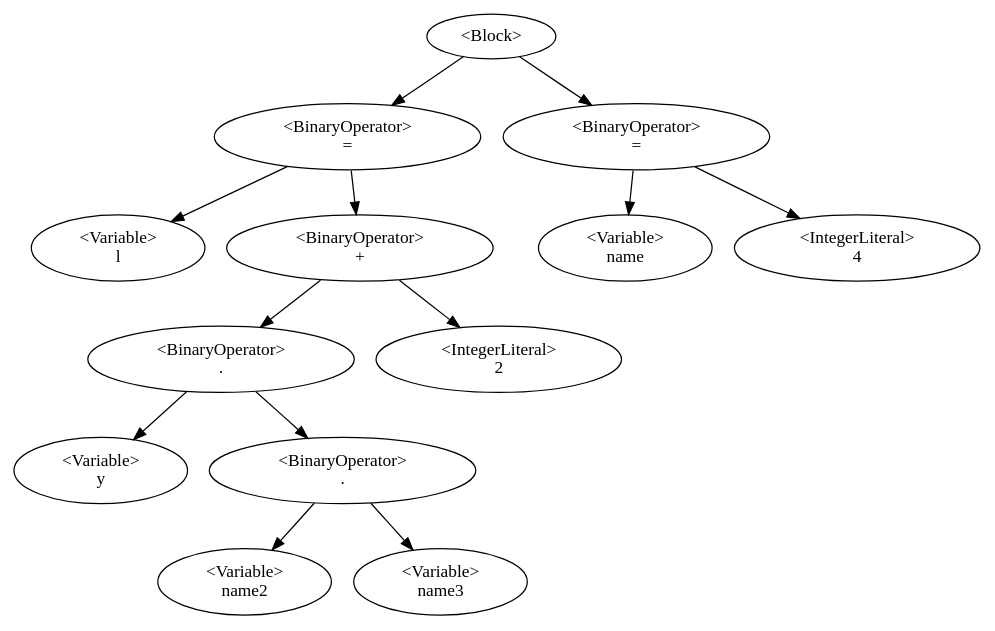
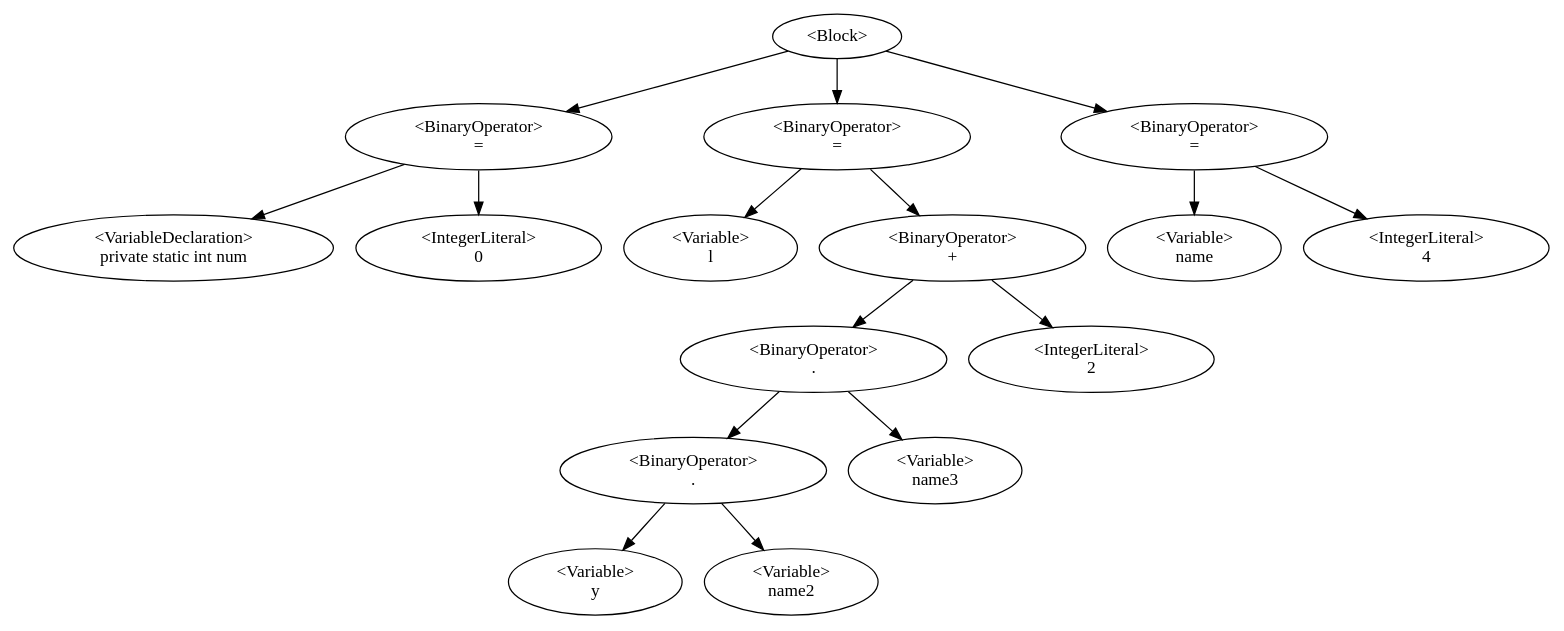
One commit to QazmoQwerty/dino changed the diagram in Dino/Dino/AstDisplay.gv. Above: the diagram before and after it, drawn with Graphviz. The commit also changed 5 other files, not shown here.

```diff
--- a/Dino/Dino/AstDisplay.gv
+++ b/Dino/Dino/AstDisplay.gv
@@ -1,15 +1,18 @@
 digraph G {
-0 [label="<Block>"];0->2;0->11;
-2 [label="<BinaryOperator>\n="];2->1;2->8;
-1 [label="<Variable>\nl"];
-8 [label="<BinaryOperator>\n+"];8->4;8->9;
-4 [label="<BinaryOperator>\n."];4->3;4->6;
-3 [label="<Variable>\ny"];
-6 [label="<BinaryOperator>\n."];6->5;6->7;
-5 [label="<Variable>\nname2"];
-7 [label="<Variable>\nname3"];
-9 [label="<IntegerLiteral>\n2"];
-11 [label="<BinaryOperator>\n="];11->10;11->12;
-10 [label="<Variable>\nname"];
-12 [label="<IntegerLiteral>\n4"];
+0 [label="<Block>"];0->2;0->5;0->14;
+2 [label="<BinaryOperator>\n="];2->1;2->3;
+1 [label="<VariableDeclaration>\nprivate static int num"];
+3 [label="<IntegerLiteral>\n0"];
+5 [label="<BinaryOperator>\n="];5->4;5->11;
+4 [label="<Variable>\nl"];
+11 [label="<BinaryOperator>\n+"];11->9;11->12;
+9 [label="<BinaryOperator>\n."];9->7;9->10;
+7 [label="<BinaryOperator>\n."];7->6;7->8;
+6 [label="<Variable>\ny"];
+8 [label="<Variable>\nname2"];
+10 [label="<Variable>\nname3"];
+12 [label="<IntegerLiteral>\n2"];
+14 [label="<BinaryOperator>\n="];14->13;14->15;
+13 [label="<Variable>\nname"];
+15 [label="<IntegerLiteral>\n4"];
 }
```
